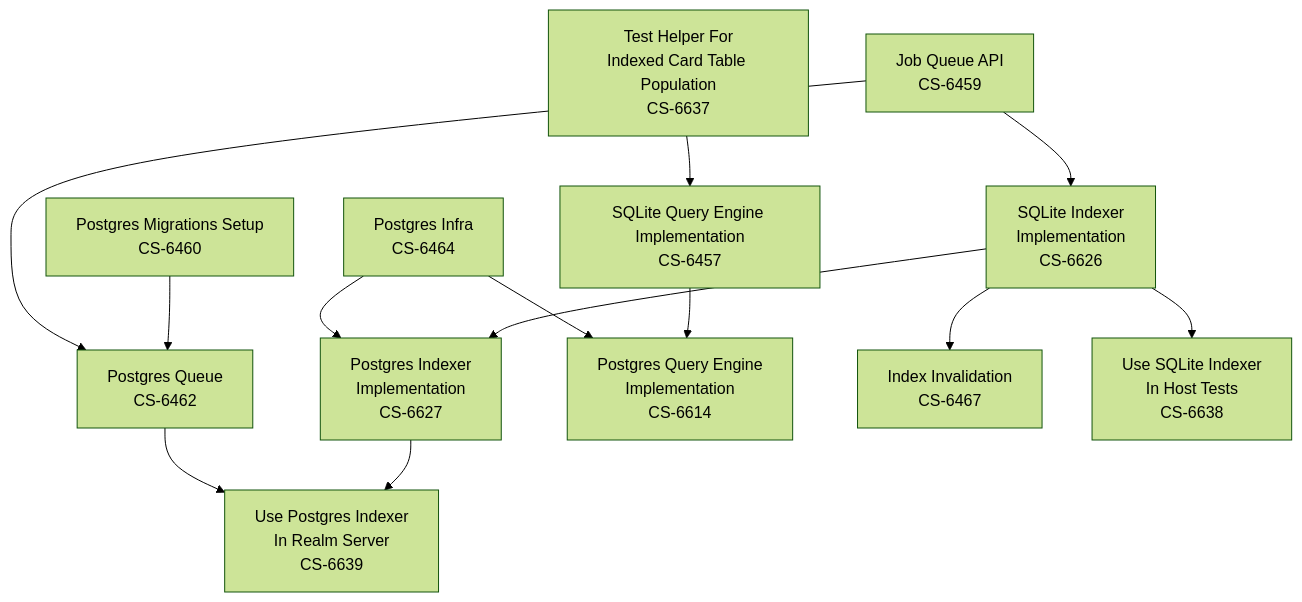
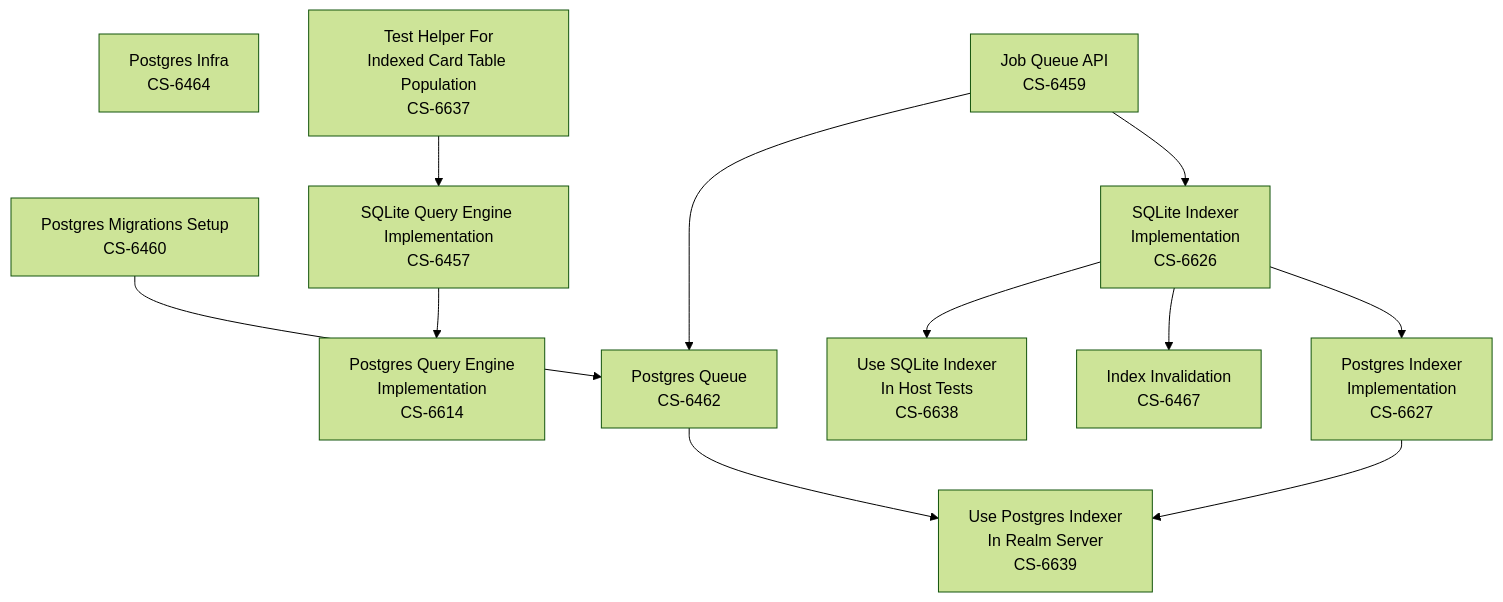
Before and after one commit to cardstack/boxel: the diagram in docs/indexer-work-plan.mermaid, drawn with Mermaid (forest theme).

Commit message:
Removed other infra deps

```diff
--- a/docs/indexer-work-plan.mermaid
+++ b/docs/indexer-work-plan.mermaid
@@ -1,38 +1,36 @@
 flowchart
     PostgresInfra[Postgres Infra\nCS-6464]
     click PostgresInfra "https://linear.app/cardstack/issue/CS-6464" "Open in Linear"
     PostgresMigrations[Postgres Migrations Setup\nCS-6460]
     click PostgresMigrations "https://linear.app/cardstack/issue/CS-6460" "Open in Linear"
     PostgresQueue[Postgres Queue\nCS-6462]
     click PostgresQueue "https://linear.app/cardstack/issue/CS-6462" "Open in Linear"
     JobQueueFacade[Job Queue API\nCS-6459]
     click JobQueueFacade "https://linear.app/cardstack/issue/CS-6459" "Open in Linear"
     SQLiteIndexerImplementation[SQLite Indexer\nImplementation\nCS-6626]
     click SQLiteIndexerImplementation "https://linear.app/cardstack/issue/CS-6626" "Open in Linear"
     PostgresIndexerImplementation[Postgres Indexer\nImplementation\nCS-6627]
     click PostgresIndexerImplementation "https://linear.app/cardstack/issue/CS-6627" "Open in Linear"
     TestHelperForIndexedCardTablePopulation[Test Helper For\nIndexed Card Table Population\nCS-6637]
     click TestHelperForIndexedCardTablePopulation "https://linear.app/cardstack/issue/CS-6637" "Open in Linear"
     SQLiteQueryEngineImplementation[SQLite Query Engine Implementation\nCS-6457]
     click SQLiteQueryEngineImplementation "https://linear.app/cardstack/issue/CS-6457" "Open in Linear"
     PostgresQueryEngineImplementation[Postgres Query Engine\nImplementation\nCS-6614]
     click PostgresQueryEngineImplementation "https://linear.app/cardstack/issue/CS-6614" "Open in Linear"
     IndexInvalidation[Index Invalidation\nCS-6467]
     click IndexInvalidation "https://linear.app/cardstack/issue/CS-6467" "Open in Linear"
     UseSQLiteIndexerInHostTests[Use SQLite Indexer\nIn Host Tests\nCS-6638]
     click UseSQLiteIndexerInHostTests "https://linear.app/cardstack/issue/CS-6638" "Open in Linear"
     UsePostgresIndexerInRealmServer[Use Postgres Indexer\nIn Realm Server\nCS-6639]
     click UsePostgresIndexerInRealmServer "https://linear.app/cardstack/issue/CS-6639" "Open in Linear"
     PostgresInfra
     PostgresMigrations-->PostgresQueue
     JobQueueFacade-->SQLiteIndexerImplementation
     SQLiteIndexerImplementation-->PostgresIndexerImplementation
-    PostgresInfra-->PostgresIndexerImplementation
     TestHelperForIndexedCardTablePopulation-->SQLiteQueryEngineImplementation
     SQLiteQueryEngineImplementation-->PostgresQueryEngineImplementation
-    PostgresInfra-->PostgresQueryEngineImplementation
     SQLiteIndexerImplementation-->IndexInvalidation
     SQLiteIndexerImplementation-->UseSQLiteIndexerInHostTests
     PostgresIndexerImplementation-->UsePostgresIndexerInRealmServer
     PostgresQueue-->UsePostgresIndexerInRealmServer
     JobQueueFacade-->PostgresQueue
```
